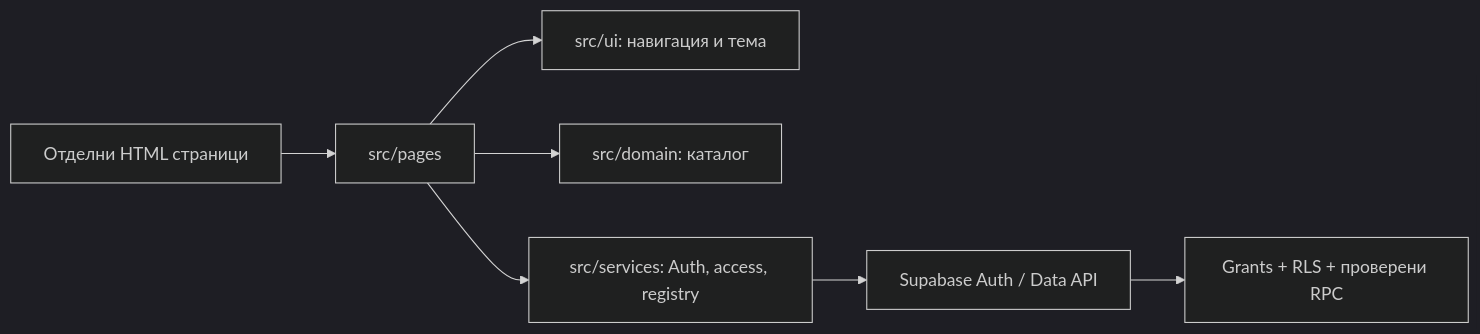
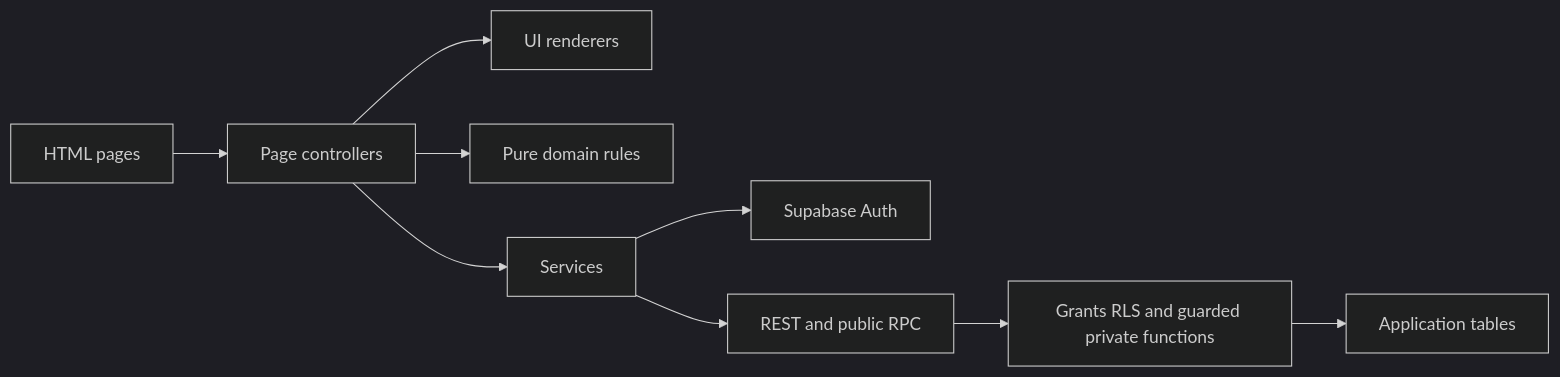
Before and after one commit to ilopolo/PropertyHub: the first of 3 diagrams in docs/public/ARCHITECTURE.md, drawn with Mermaid (dark theme). The commit also changed other lines of this file and 2 other files, not shown here.

Commit message:
Refresh public documentation and current registry ER diagrams

````diff
--- a/docs/public/ARCHITECTURE.md
+++ b/docs/public/ARCHITECTURE.md
@@ -23,9 +9,11 @@
 ```mermaid
 flowchart LR
-  HTML[Отделни HTML страници] --> Controller[src/pages]
-  Controller --> UI[src/ui: навигация и тема]
-  Controller --> Catalog[src/domain: каталог]
-  Controller --> Services[src/services: Auth, access, registry]
-  Services --> Supabase[Supabase Auth / Data API]
-  Supabase --> RLS[Grants + RLS + проверени RPC]
+    Pages[HTML pages] --> Controllers[Page controllers]
+    Controllers --> UI[UI renderers]
+    Controllers --> Domain[Pure domain rules]
+    Controllers --> Services[Services]
+    Services --> Auth[Supabase Auth]
+    Services --> API[REST and public RPC]
+    API --> Guards[Grants RLS and guarded private functions]
+    Guards --> DB[Application tables]
 ```
````
